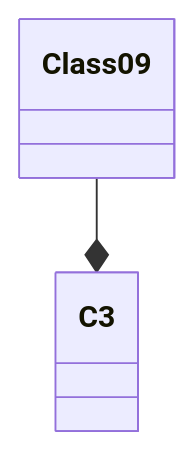
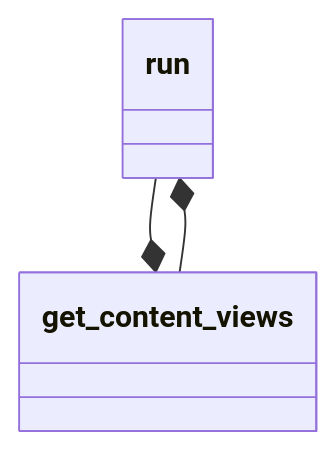
One commit to ambrisolla/katello-publish-content-view changed the diagram in README.md. Above: the diagram before and after it, drawn with Mermaid.

Commit message:
add script

````diff
--- a/README.md
+++ b/README.md
@@ -51,4 +51,6 @@
 ```mermaid
 classDiagram
-Class09 --* C3
+run --* get_content_views
+get_content_views --* run
+
 ```
````
